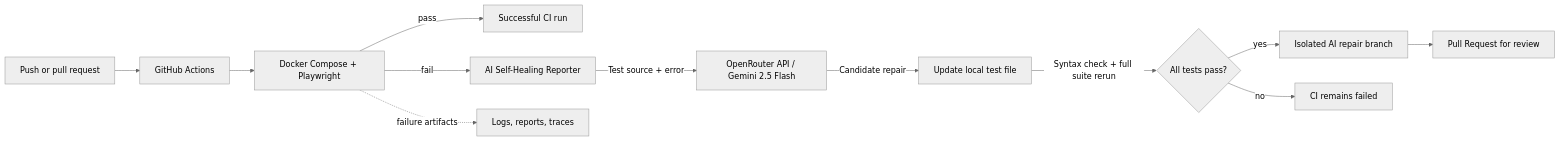
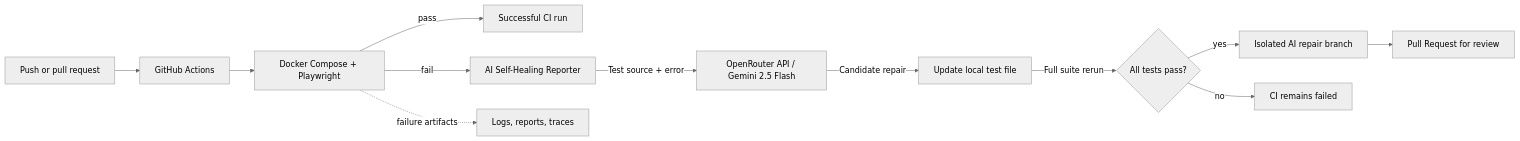
Before and after one commit to DuishonAbdykerimov/playwright-infra-e2e: the diagram in README.md, drawn with Mermaid (neutral theme). The commit also changed other lines of this file and 1 other file, not shown here.

````diff
--- a/README.md
+++ b/README.md
@@ -65,14 +65,14 @@
 ```mermaid
 flowchart LR
     Dev[Push or pull request] --> Actions[GitHub Actions]
     Actions --> Tests[Docker Compose + Playwright]
     Tests -->|pass| Green[Successful CI run]
     Tests -->|fail| Reporter[AI Self-Healing Reporter]
     Reporter -->|Test source + error| LLM[OpenRouter API / Gemini 2.5 Flash]
     LLM -->|Candidate repair| Fix[Update local test file]
-    Fix -->|Syntax check + full suite rerun| Validate{All tests pass?}
+    Fix -->|Full suite rerun| Validate{All tests pass?}
     Validate -->|yes| Branch[Isolated AI repair branch]
     Branch --> PR[Pull Request for review]
     Validate -->|no| Failed[CI remains failed]
     Tests -.->|failure artifacts| Artifacts[Logs, reports, traces]
 ```
````
